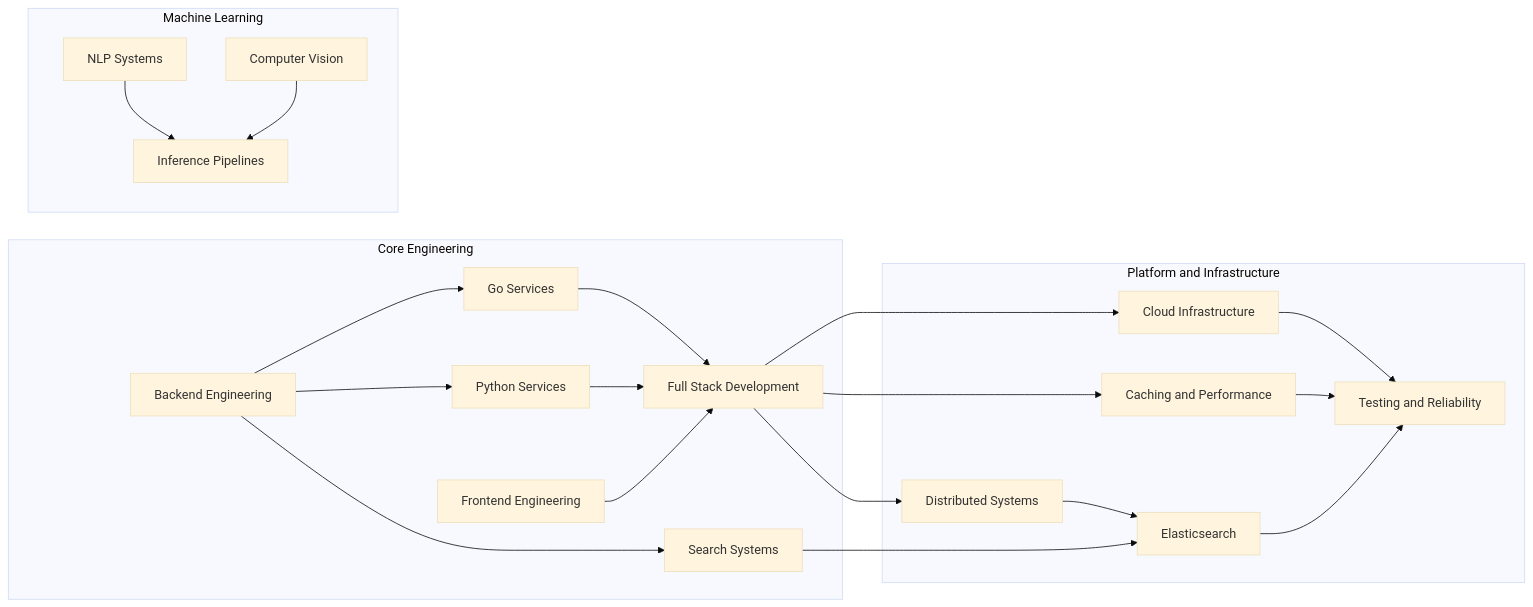
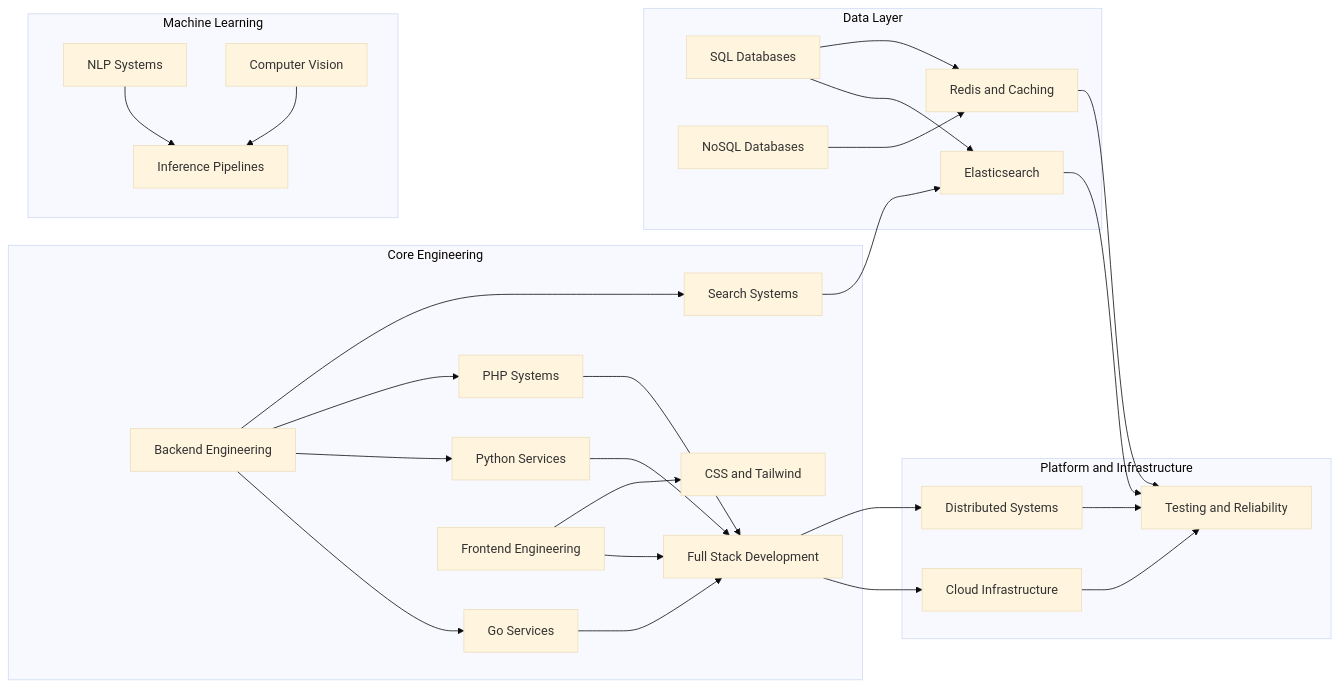
Before and after one commit to SBertrand-47/sbertrand-47: the diagram in ReadMe.md, drawn with Mermaid (base theme). The commit also changed other lines of this file, not shown here.

````diff
--- a/ReadMe.md
+++ b/ReadMe.md
@@ -113,42 +147,54 @@
 ```mermaid
 flowchart LR
   subgraph CORE[Core Engineering]
     BE[Backend Engineering]
     GO[Go Services]
     PY[Python Services]
+    PHP[PHP Systems]
     FE[Frontend Engineering]
     FS[Full Stack Development]
+    UI[CSS and Tailwind]
     SEARCH[Search Systems]
+  end
+
+  subgraph DATA[Data Layer]
+    SQL[SQL Databases]
+    NOSQL[NoSQL Databases]
+    ES[Elasticsearch]
+    CACHE[Redis and Caching]
   end
 
   subgraph ML[Machine Learning]
     NLP[NLP Systems]
     CV[Computer Vision]
     INF[Inference Pipelines]
   end
 
   subgraph PLATFORM[Platform and Infrastructure]
     CLOUD[Cloud Infrastructure]
-    CACHE[Caching and Performance]
     DIST[Distributed Systems]
-    ES[Elasticsearch]
     OBS[Testing and Reliability]
   end
 
   BE --> GO
   BE --> PY
+  BE --> PHP
   BE --> SEARCH
   FE --> FS
+  FE --> UI
   GO --> FS
   PY --> FS
+  PHP --> FS
   SEARCH --> ES
+  SQL --> ES
+  SQL --> CACHE
+  NOSQL --> CACHE
   NLP --> INF
   CV --> INF
   FS --> CLOUD
-  FS --> CACHE
   FS --> DIST
-  DIST --> ES
+  DIST --> OBS
   CLOUD --> OBS
   CACHE --> OBS
   ES --> OBS
 ```
````
